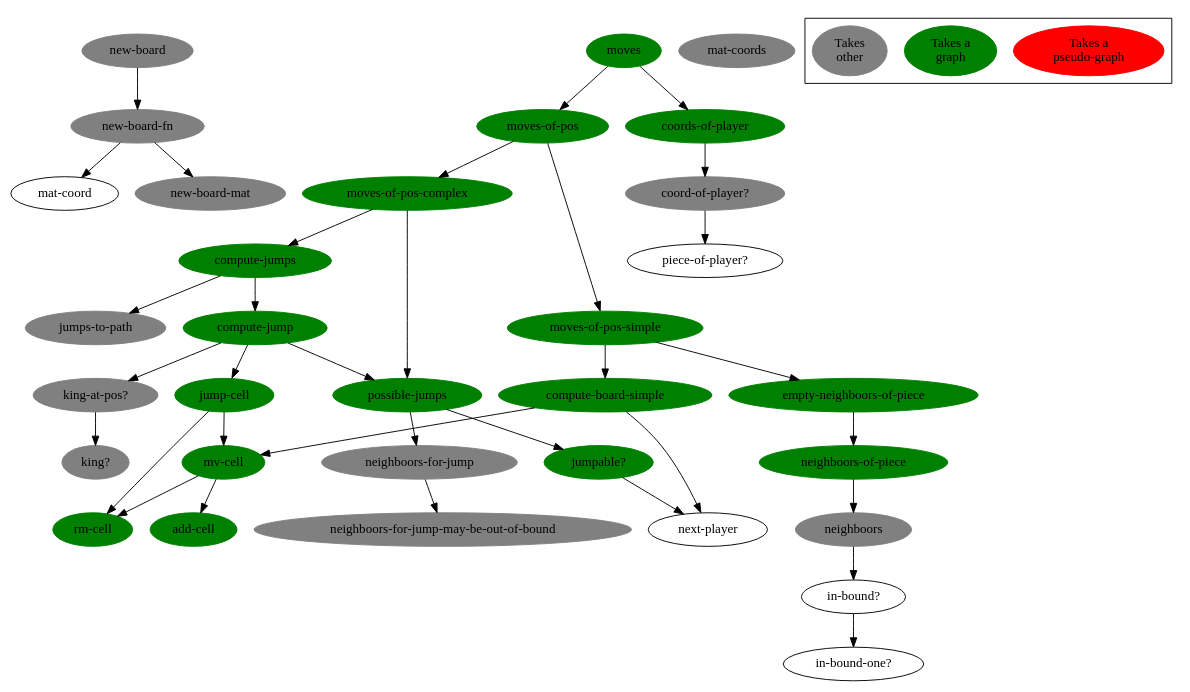
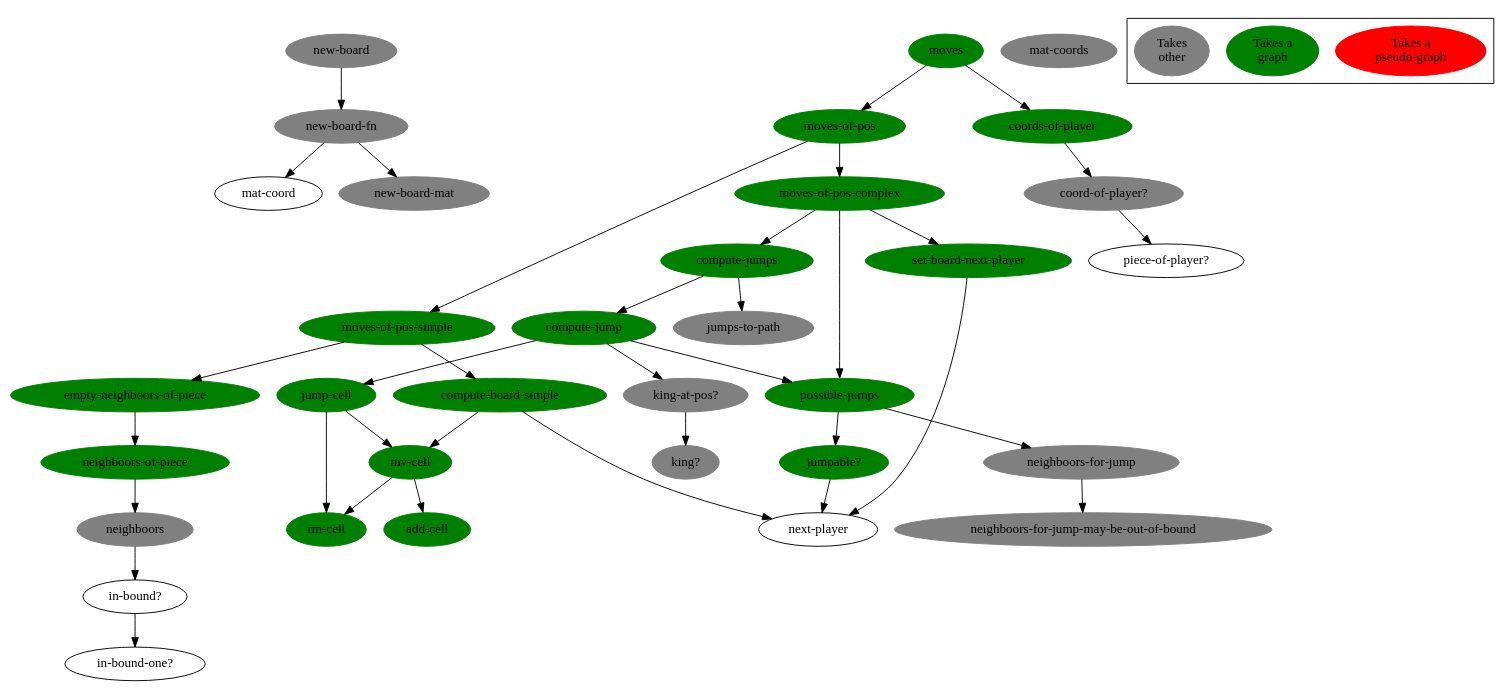
One commit to denlab/clojure-plays-checkers changed the diagram in doc/function-graph-detailled.dot. Above: the diagram before and after it, drawn with Graphviz. The commit also changed 1 other file, not shown here.

Commit message:
bug fix: now moves-of-pos-complex switch the next player

```diff
--- a/doc/function-graph-detailled.dot
+++ b/doc/function-graph-detailled.dot
@@ -1,113 +1,117 @@
 digraph funtions {
 
 /******************************************************************************
  *                         edges                                              *         
  ******************************************************************************/
 
         "new-board-fn" -> "mat-coord";
         "new-board-fn" -> "new-board-mat";
         
         "new-board" -> "new-board-fn";
 
         "in-bound?" -> "in-bound-one?";
 
         "neighboors" -> "in-bound?";
 
         "neighboors-of-piece" -> "neighboors";
 
         "empty-neighboors-of-piece" -> "neighboors-of-piece";
 
         "mv-cell" -> "rm-cell";
         "mv-cell" -> "add-cell";
 
         "compute-board-simple" -> "mv-cell";
         "compute-board-simple" -> "next-player";
 
         "moves-of-pos-simple" -> "compute-board-simple";
         "moves-of-pos-simple" ->  "empty-neighboors-of-piece";
         
         "neighboors-for-jump" -> "neighboors-for-jump-may-be-out-of-bound";
 
         "jumpable?" -> "next-player";
 
         "possible-jumps" -> "jumpable?";
         "possible-jumps" -> "neighboors-for-jump";
 
         "jump-cell" -> "rm-cell";
         "jump-cell" -> "mv-cell";
 
         "king-at-pos?" -> "king?";
 
         "compute-jump" -> "jump-cell";
         "compute-jump" -> "possible-jumps";
         "compute-jump" -> "king-at-pos?";
 
         "compute-jumps" -> "compute-jump";
         "compute-jumps" -> "jumps-to-path";
 
         "moves-of-pos-complex" -> "compute-jumps";
         "moves-of-pos-complex" -> "possible-jumps";
+        "moves-of-pos-complex" -> "set-board-next-player";
+        
+        "set-board-next-player" -> "next-player";
 
         "moves-of-pos" -> "moves-of-pos-simple";
         "moves-of-pos" -> "moves-of-pos-complex";
 
         "coord-of-player?" -> "piece-of-player?";
 
         "coords-of-player" -> "coord-of-player?";
 
         "moves" -> "moves-of-pos";
         "moves" -> "coords-of-player";
 
 /******************************************************************************
  *                         nodes                                              *         
  ******************************************************************************/
 
         "moves"[bgcolor=green color=green style=filled];
         "coords-of-player"[bgcolor=green color=green style=filled];
         "moves-of-pos"[bgcolor=green color=green style=filled];
         "moves-of-pos-complex"[bgcolor=green color=green style=filled];
         "moves-of-pos-simple"[bgcolor=green color=green style=filled];
         "compute-board-simple"[bgcolor=green color=green style=filled];
         "mv-cell"[bgcolor=green color=green style=filled];
         "add-cell"[bgcolor=green color=green style=filled];
         "rm-cell"[bgcolor=green color=green style=filled];
         "empty-neighboors-of-piece"[bgcolor=green color=green style=filled];
         "neighboors-of-piece"[bgcolor=green color=green style=filled];
 
         "compute-jump"[bgcolor=green color=green style=filled];
 
         "jump-cell"[bgcolor=green color=green style=filled];
         "possible-jumps"[bgcolor=green color=green style=filled];
         "jumpable?"[bgcolor=green color=green style=filled];
 
         "coord-of-player?"[bgcolor=grey color=grey style=filled];
         "jumps-to-path"[bgcolor=grey color=grey style=filled];
         "king-at-pos?"[bgcolor=grey color=grey style=filled];
         "king?"[bgcolor=grey color=grey style=filled];
         "neighboors-for-jump"[bgcolor=grey color=grey style=filled];
         "neighboors-for-jump-may-be-out-of-bound"[bgcolor=grey color=grey style=filled];
         "neighboors"[bgcolor=grey color=grey style=filled];
         "new-board"[bgcolor=grey color=grey style=filled];
         "new-board-fn"[bgcolor=grey color=grey style=filled];
         "new-board-mat"[bgcolor=grey color=grey style=filled];
         "mat-coords"[bgcolor=grey color=grey style=filled];
 
+        "set-board-next-player"[bgcolor=green color=green style=filled];
 
         "compute-jumps"[bgcolor=green color=green style=filled];
 
 /******************************************************************************
  *                         legend                                             *         
  ******************************************************************************/
 
         "Takes a\npseudo-graph"[bgcolor=red color=red style=filled];
         "Takes a\ngraph"[bgcolor=green color=green style=filled];
 //        "Takes\nother"[bgcolor="#94003f" color="#94003f" style=filled];
         "Takes\nother"[bgcolor=grey color=grey style=filled];
 
         subgraph "cluster-legend" {
                 "Takes a\npseudo-graph";
                 "Takes a\ngraph";
                 "Takes\nother";
         }
 
 }
```
